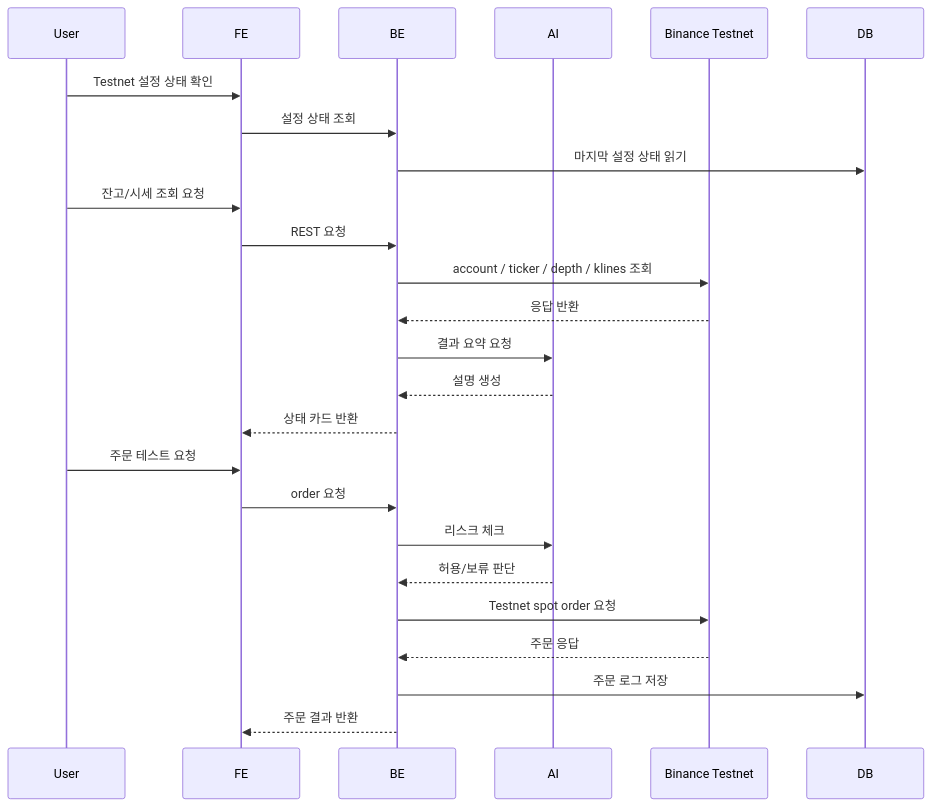
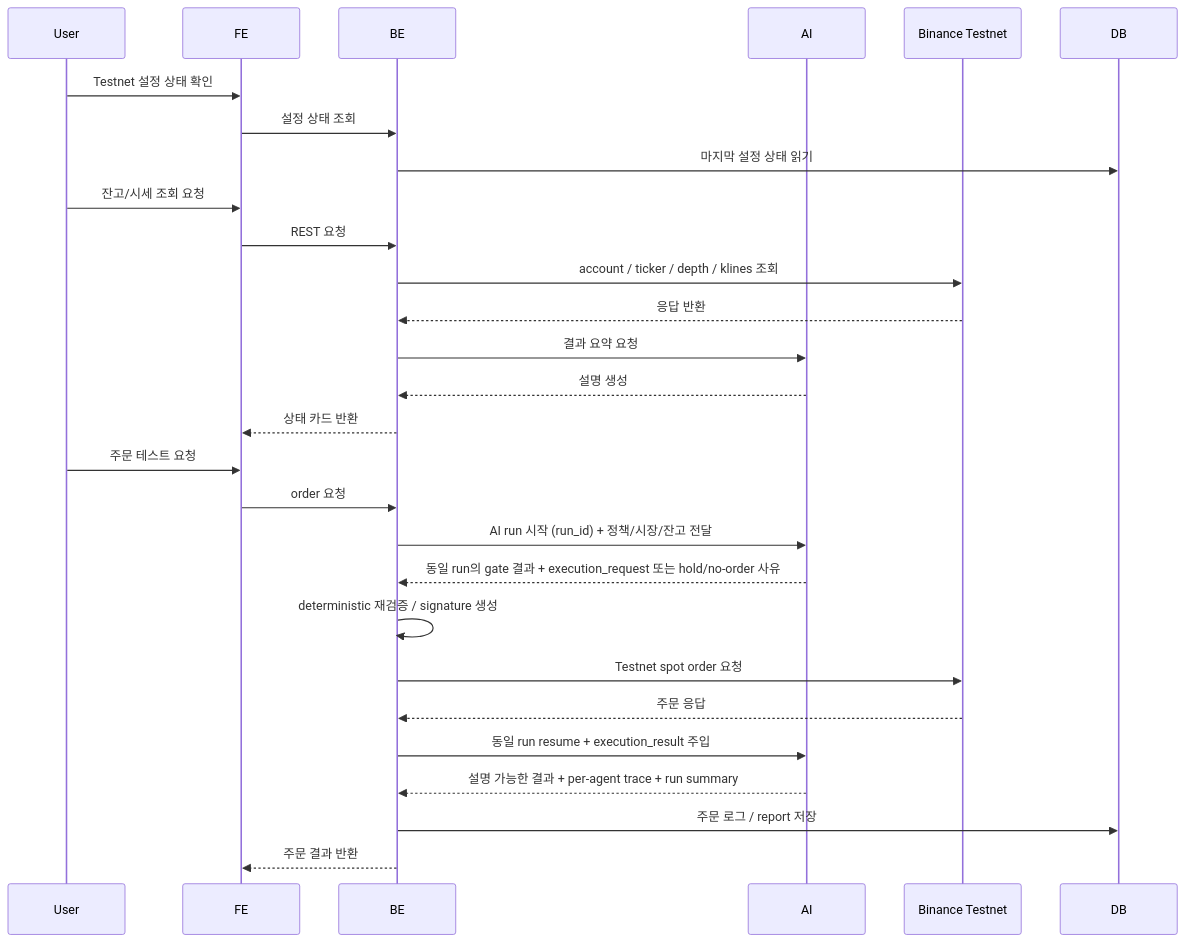
The third of 4 diagrams in ARCHITECTURE.md (UpstageAI/sw-maestro-project), drawn with Mermaid before and after one commit. The commit also changed other lines of this file and 3 other files, not shown here.

````diff
--- a/ARCHITECTURE.md
+++ b/ARCHITECTURE.md
@@ -86,28 +92,31 @@
 ```mermaid
 sequenceDiagram
     participant U as User
     participant F as FE
     participant B as BE
     participant A as AI
     participant T as Binance Testnet
     participant D as DB
 
     U->>F: Testnet 설정 상태 확인
     F->>B: 설정 상태 조회
     B->>D: 마지막 설정 상태 읽기
     U->>F: 잔고/시세 조회 요청
     F->>B: REST 요청
     B->>T: account / ticker / depth / klines 조회
     T-->>B: 응답 반환
     B->>A: 결과 요약 요청
     A-->>B: 설명 생성
     B-->>F: 상태 카드 반환
     U->>F: 주문 테스트 요청
     F->>B: order 요청
-    B->>A: 리스크 체크
-    A-->>B: 허용/보류 판단
+    B->>A: AI run 시작 (run_id) + 정책/시장/잔고 전달
+    A-->>B: 동일 run의 gate 결과 + execution_request 또는 hold/no-order 사유
+    B->>B: deterministic 재검증 / signature 생성
     B->>T: Testnet spot order 요청
     T-->>B: 주문 응답
-    B->>D: 주문 로그 저장
+    B->>A: 동일 run resume + execution_result 주입
+    A-->>B: 설명 가능한 결과 + per-agent trace + run summary
+    B->>D: 주문 로그 / report 저장
     B-->>F: 주문 결과 반환
 ```
````
